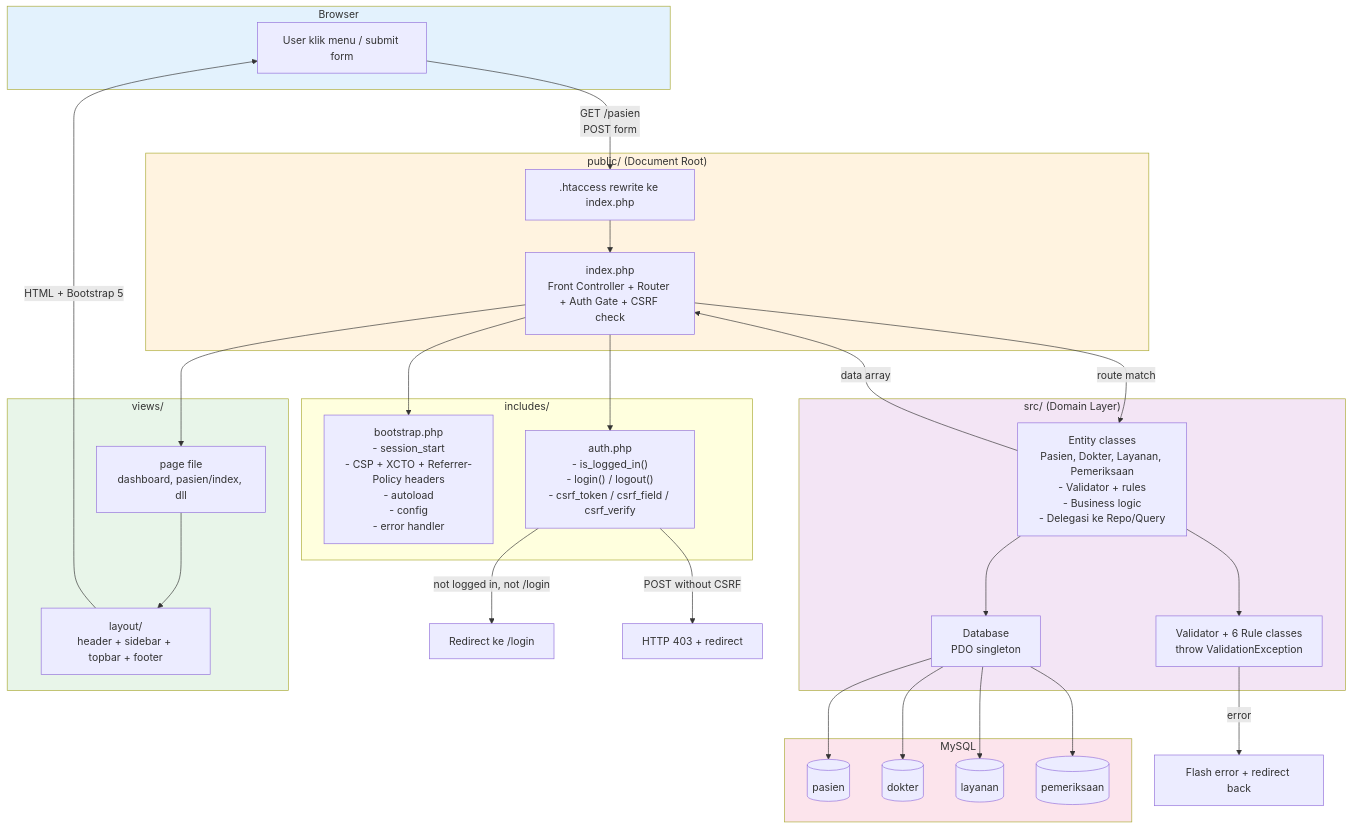
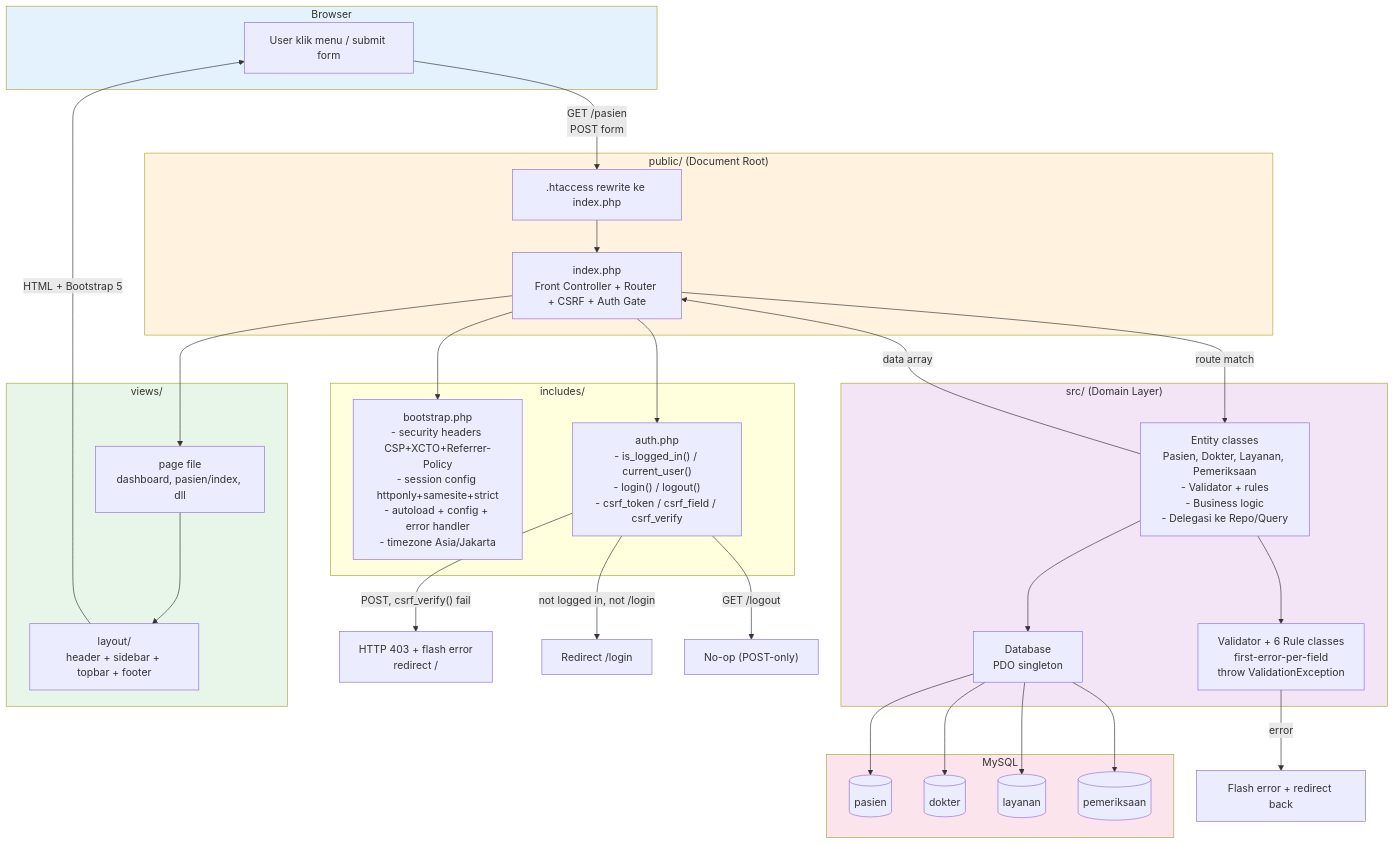
The first of 2 diagrams in docs/architecture.md (TudeOrangBiasa/silk-swarakarna-uas), drawn with Mermaid before and after one commit. The commit also changed other lines of this file and 1 other file, not shown here.

First line of the commit message:
docs: full sync architecture + business-logic with codebase

````diff
--- a/docs/architecture.md
+++ b/docs/architecture.md
@@ -99,59 +97,60 @@
 ```mermaid
 graph TB
     subgraph Browser["Browser"]
         UI[User klik menu / submit form]
     end
 
     subgraph Public["public/ (Document Root)"]
         HC[".htaccess rewrite ke index.php"]
-        Router["index.php<br/>Front Controller + Router + Auth Gate + CSRF check"]
+        Router["index.php<br/>Front Controller + Router + CSRF + Auth Gate"]
     end
 
     subgraph Bootstrap["includes/"]
-        Boot["bootstrap.php<br/>- session_start<br/>- CSP + XCTO + Referrer-Policy headers<br/>- autoload<br/>- config<br/>- error handler"]
-        Auth["auth.php<br/>- is_logged_in()<br/>- login() / logout()<br/>- csrf_token / csrf_field / csrf_verify"]
+        Boot["bootstrap.php<br/>- security headers CSP+XCTO+Referrer-Policy<br/>- session config httponly+samesite+strict<br/>- autoload + config + error handler<br/>- timezone Asia/Jakarta"]
+        Auth["auth.php<br/>- is_logged_in() / current_user()<br/>- login() / logout()<br/>- csrf_token / csrf_field / csrf_verify"]
     end
 
     subgraph Domain["src/ (Domain Layer)"]
         DBClass["Database<br/>PDO singleton"]
         Entity["Entity classes<br/>Pasien, Dokter, Layanan, Pemeriksaan<br/>- Validator + rules<br/>- Business logic<br/>- Delegasi ke Repo/Query"]
-        Val["Validator + 6 Rule classes<br/>throw ValidationException"]
+        Val["Validator + 6 Rule classes<br/>first-error-per-field<br/>throw ValidationException"]
     end
 
     subgraph View["views/"]
         Layout["layout/<br/>header + sidebar + topbar + footer"]
         Page["page file<br/>dashboard, pasien/index, dll"]
     end
 
     subgraph Data["MySQL"]
         T1[(pasien)]
         T2[(dokter)]
         T3[(layanan)]
         T4[(pemeriksaan)]
     end
 
     UI -->|"GET /pasien<br/>POST form"| HC
     HC --> Router
     Router --> Boot
     Router --> Auth
-    Auth -->|"not logged in, not /login"| Login["Redirect ke /login"]
-    Auth -->|"POST without CSRF"| Forbidden["HTTP 403 + redirect"]
+    Auth -->|"POST, csrf_verify() fail"| Forbidden["HTTP 403 + flash error<br/>redirect /"]
+    Auth -->|"not logged in, not /login"| Login["Redirect /login"]
+    Auth -->|"GET /logout"| NoOp["No-op (POST-only)"]
     Router -->|"route match"| Entity
     Entity --> Val
     Val -->|"error"| Flash["Flash error + redirect back"]
     Entity --> DBClass
     DBClass --> T1
     DBClass --> T2
     DBClass --> T3
     DBClass --> T4
     Entity -->|"data array"| Router
     Router --> Page
     Page --> Layout
     Layout -->|"HTML + Bootstrap 5"| UI
 
     style Browser fill:#e3f2fd
     style Public fill:#fff3e0
     style Domain fill:#f3e5f5
     style View fill:#e8f5e9
     style Data fill:#fce4ec
 ```
````
